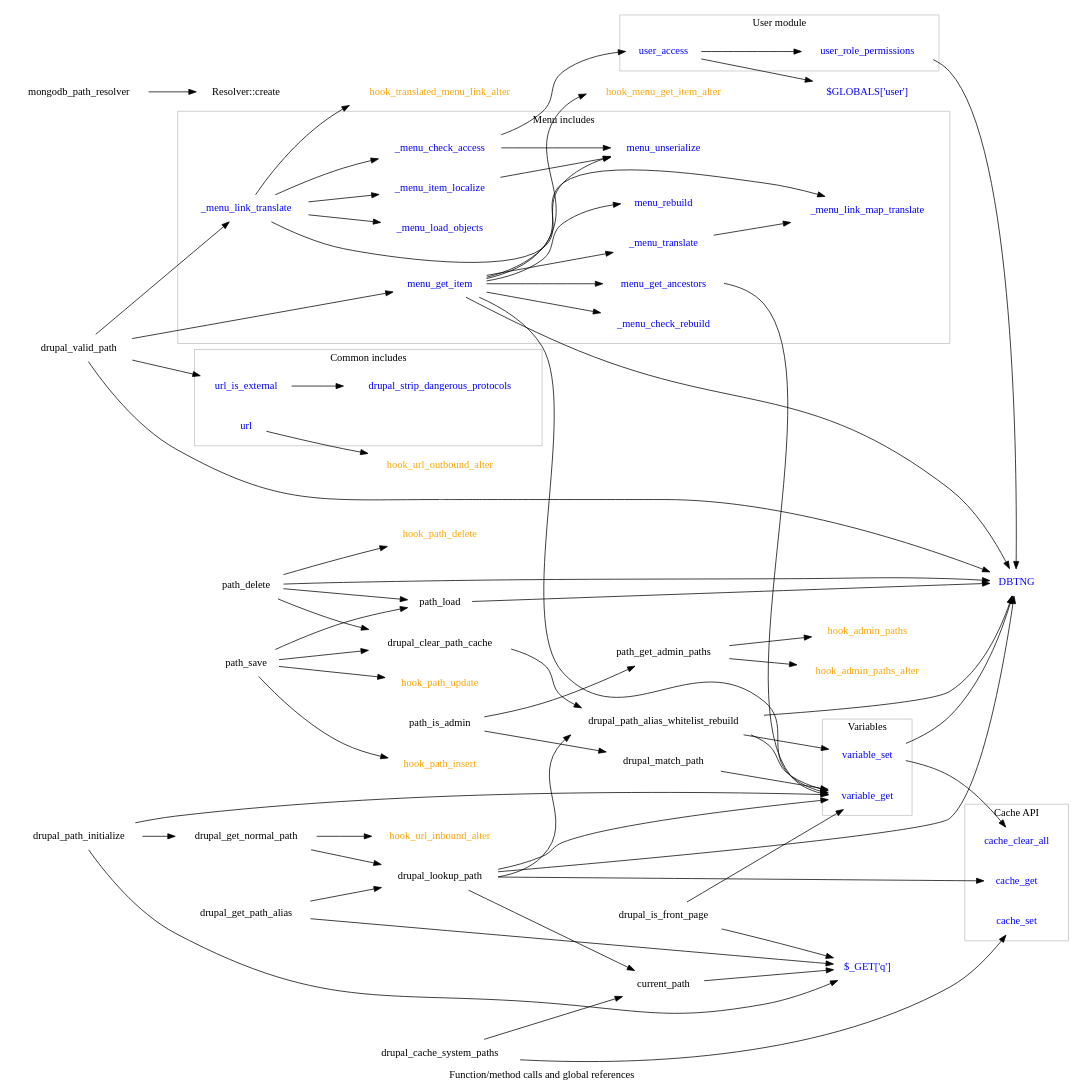
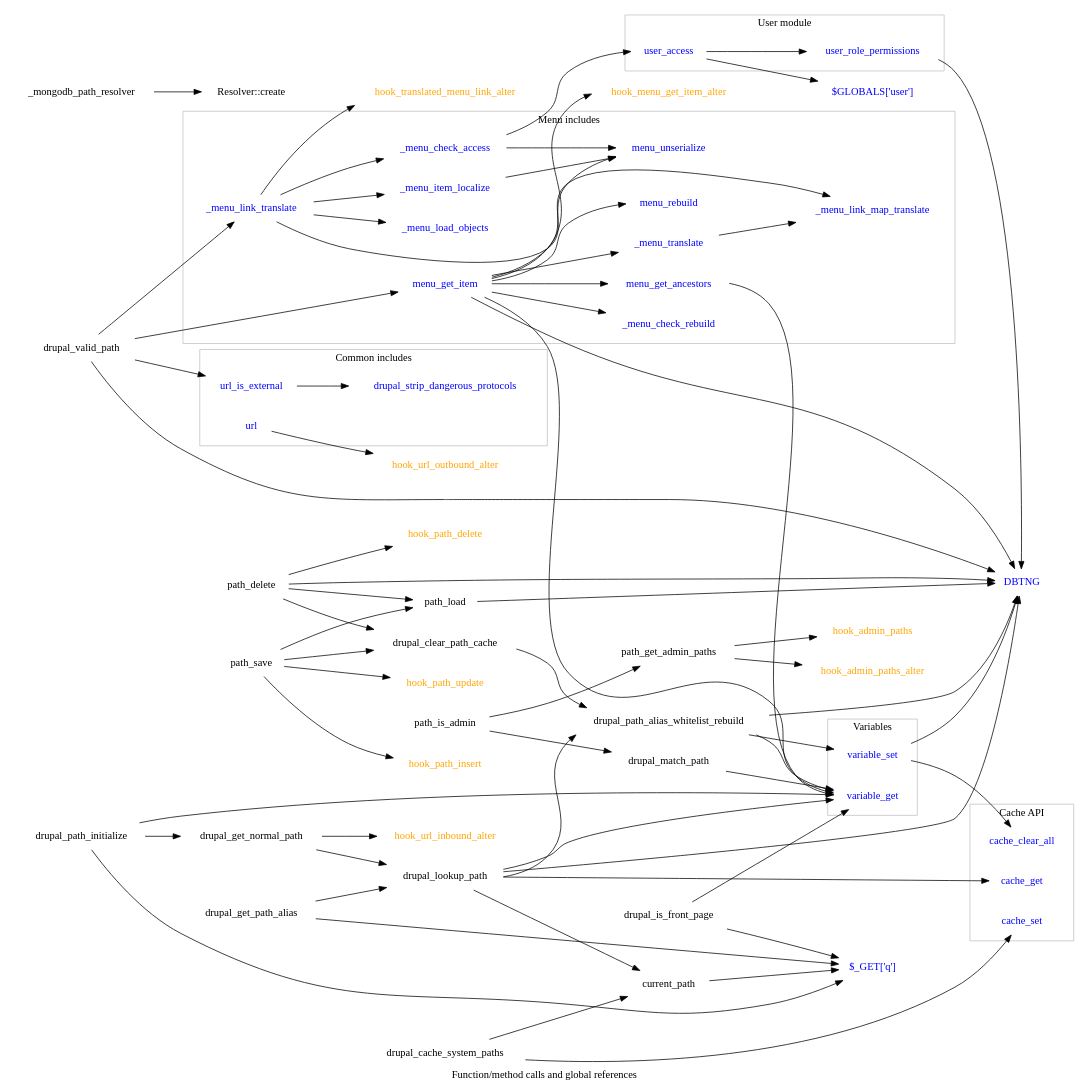
The diagram in mongodb_path/doc/calls.dot (fgm/mongodb), drawn with Graphviz before and after one commit. The commit also changed 5 other files, not shown here.

```diff
--- a/mongodb_path/doc/calls.dot
+++ b/mongodb_path/doc/calls.dot
@@ -1,165 +1,165 @@
 digraph calls {
   label="Function/method calls and global references";
   rankdir = LR;
   graph [ color = "silver" ];
   node [ shape = none ];
 
   /* Hooks */
   node [ fontcolor=orange ];
 
   hook_admin_paths;
   hook_admin_paths_alter;
   hook_menu_get_item_alter;
   hook_path_delete;
   hook_path_insert;
   hook_path_update;
   hook_translated_menu_link_alter;
   hook_url_inbound_alter;
   hook_url_outbound_alter;
 
   /* Core */
   node [ fontcolor=blue ];
 
   DBTNG;
   q [ label="$_GET['q']" ];
   "$GLOBALS['user']";
 
   subgraph cluster_cache {
     label = "Cache API";
 
     cache_clear_all;
     cache_get;
     cache_set;
   }
 
   subgraph cluster_common {
     label = "Common includes";
 
     drupal_strip_dangerous_protocols;
     url;
     url_is_external;
   }
 
   subgraph cluster_menu {
     label = "Menu includes";
 
     _menu_check_access;
     _menu_check_rebuild;
     _menu_item_localize;
     _menu_link_translate;
     _menu_link_map_translate;
     _menu_load_objects;
     _menu_translate;
     menu_get_ancestors;
     menu_get_item;
     menu_rebuild;
     menu_unserialize;
   }
 
   subgraph cluster_user {
     label = "User module";
 
     user_access;
     user_role_permissions;
   }
 
   subgraph cluster_variable {
     label = "Variables";
 
     variable_get;
     variable_set;
   }
 
   /* Plugin */
   node  [ fontcolor=black ];
 
-  mongodb_path_resolver -> "Resolver::create";
+  _mongodb_path_resolver -> "Resolver::create";
 
   current_path -> q;
 
   drupal_cache_system_paths -> cache_set;
   drupal_cache_system_paths -> current_path;
 
   drupal_clear_path_cache -> drupal_path_alias_whitelist_rebuild
 
   drupal_get_normal_path -> drupal_lookup_path;
   drupal_get_normal_path -> hook_url_inbound_alter;
 
   drupal_get_path_alias -> q;
   drupal_get_path_alias -> drupal_lookup_path;
 
   drupal_is_front_page -> q;
   drupal_is_front_page -> variable_get;
 
   drupal_lookup_path -> variable_get;
   drupal_lookup_path -> drupal_path_alias_whitelist_rebuild;
   drupal_lookup_path -> current_path;
   drupal_lookup_path -> cache_get;
   drupal_lookup_path -> DBTNG;
 
   drupal_match_path -> variable_get;
 
   drupal_path_alias_whitelist_rebuild -> variable_get;
   drupal_path_alias_whitelist_rebuild -> DBTNG;
   drupal_path_alias_whitelist_rebuild -> variable_set;
 
   drupal_path_initialize -> q;
   drupal_path_initialize -> variable_get;
   drupal_path_initialize -> drupal_get_normal_path;
 
   drupal_valid_path -> url_is_external;
   drupal_valid_path -> DBTNG;
   drupal_valid_path -> _menu_link_translate;
   drupal_valid_path -> menu_get_item;
 
   path_delete -> path_load;
   path_delete -> DBTNG;
   path_delete -> hook_path_delete;
   path_delete -> drupal_clear_path_cache;
 
   path_get_admin_paths -> hook_admin_paths;
   path_get_admin_paths -> hook_admin_paths_alter;
 
   path_is_admin -> path_get_admin_paths;
   path_is_admin -> drupal_match_path;
 
   path_load -> DBTNG;
 
   path_save -> path_load;
   path_save -> hook_path_insert;
   path_save -> hook_path_update;
   path_save -> drupal_clear_path_cache;
 
   _menu_check_access -> menu_unserialize;
   _menu_check_access -> user_access;
   _menu_item_localize -> menu_unserialize;
 
   _menu_link_translate -> _menu_check_access;
   _menu_link_translate -> _menu_item_localize;
   _menu_link_translate -> _menu_link_map_translate;
   _menu_link_translate -> _menu_load_objects;
   _menu_link_translate -> hook_translated_menu_link_alter;
 
   _menu_translate -> _menu_link_map_translate;
 
   menu_get_ancestors -> variable_get;
 
   menu_get_item -> variable_get;
   menu_get_item -> _menu_check_rebuild;
   menu_get_item -> menu_rebuild;
   menu_get_item -> menu_get_ancestors;
   menu_get_item -> DBTNG;
   menu_get_item ->  hook_menu_get_item_alter;
   menu_get_item -> _menu_translate;
   menu_get_item -> menu_unserialize;
 
   url -> hook_url_outbound_alter;
   url_is_external -> drupal_strip_dangerous_protocols;
 
   user_access -> user_role_permissions;
   user_access -> "$GLOBALS['user']";
   user_role_permissions -> DBTNG;
 
   variable_set -> DBTNG;
   variable_set -> cache_clear_all;
 }
```
